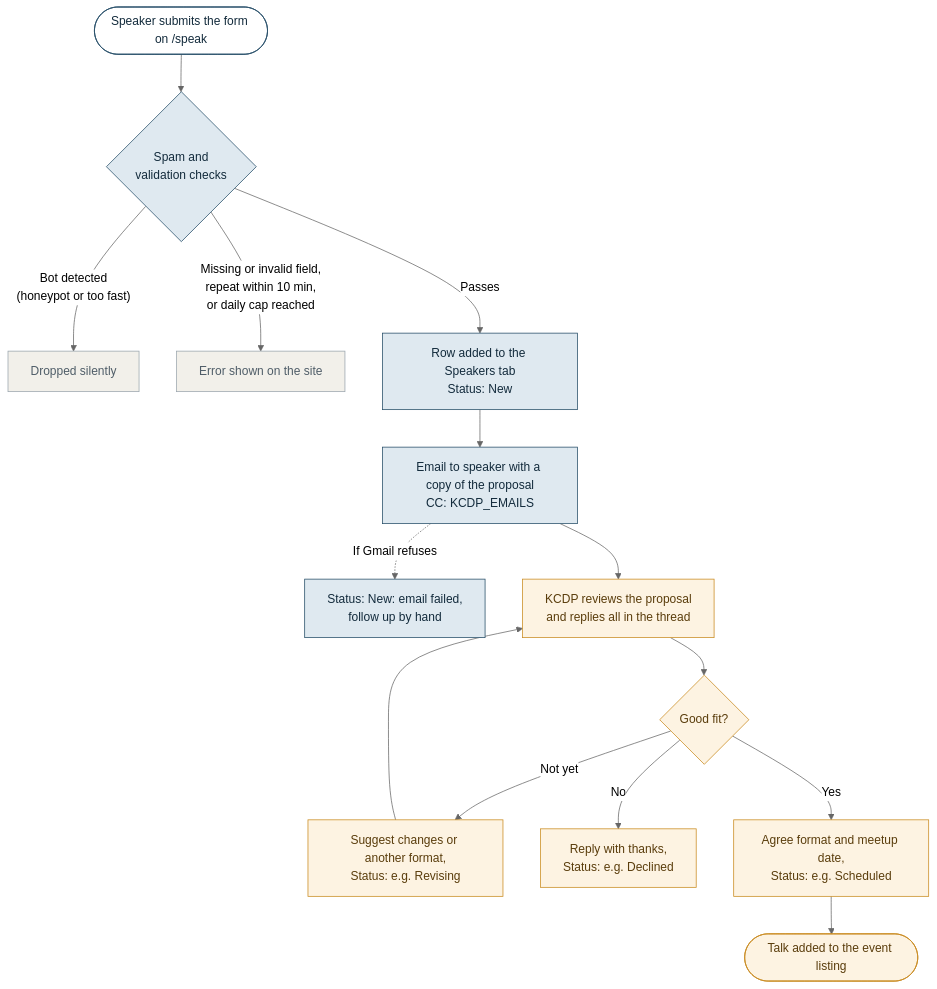
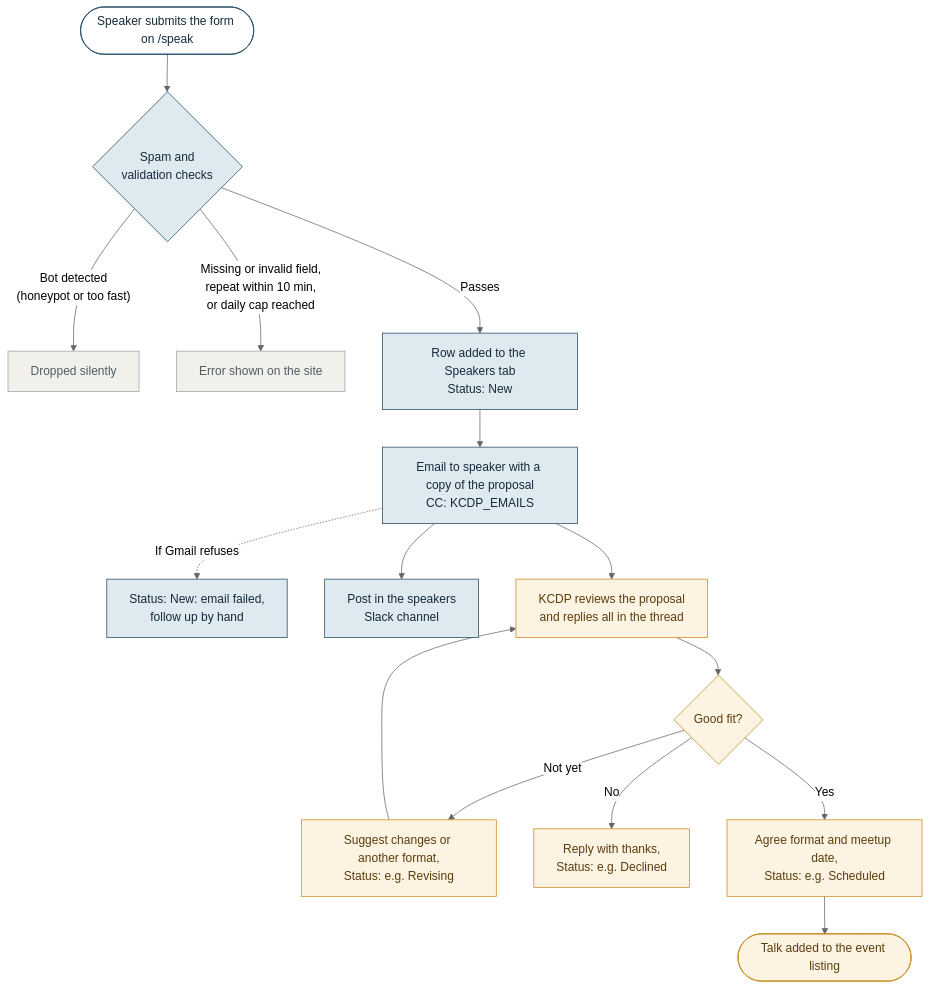
The second of 2 diagrams in docs/forms.md (da5idt/kcdataprofessionals_site), drawn with Mermaid (neutral theme) before and after one commit. The commit also changed other lines of this file and 3 other files, not shown here.

First line of the commit message:
Post form activity to separate Slack channels per workflow

````diff
--- a/docs/forms.md
+++ b/docs/forms.md
@@ -70,25 +74,26 @@
 ```mermaid
 flowchart TD
     A([Speaker submits the form on /speak]) --> B{Spam and<br/>validation checks}
     B -- "Bot detected<br/>(honeypot or too fast)" --> X[Dropped silently]
     B -- "Missing or invalid field,<br/>repeat within 10 min,<br/>or daily cap reached" --> Y[Error shown on the site]
     B -- Passes --> C[Row added to the Speakers tab<br/>Status: New]
     C --> D["Email to speaker with a copy of the proposal<br/>CC: KCDP_EMAILS"]
     D -. "If Gmail refuses" .-> D2[Status: New: email failed,<br/>follow up by hand]
+    D --> S1[Post in the speakers<br/>Slack channel]
     D --> E[KCDP reviews the proposal<br/>and replies all in the thread]
     E --> F{Good fit?}
     F -- "Not yet" --> G[Suggest changes or another format,<br/>Status: e.g. Revising]
     G --> E
     F -- No --> H[Reply with thanks,<br/>Status: e.g. Declined]
     F -- Yes --> I[Agree format and meetup date,<br/>Status: e.g. Scheduled]
     I --> J([Talk added to the event listing])
 
     classDef auto fill:#dfe9f0,stroke:#244c66,color:#132b3c
     classDef manual fill:#fdf3e2,stroke:#c98a1e,color:#5a3d0c
     classDef stop fill:#f2f0ea,stroke:#9aa5ad,color:#4f5d68
     classDef person fill:#ffffff,stroke:#244c66,color:#132b3c
     class A person
-    class B,C,D,D2 auto
+    class B,C,D,D2,S1 auto
     class E,F,G,H,I,J manual
     class X,Y stop
 ```
````
